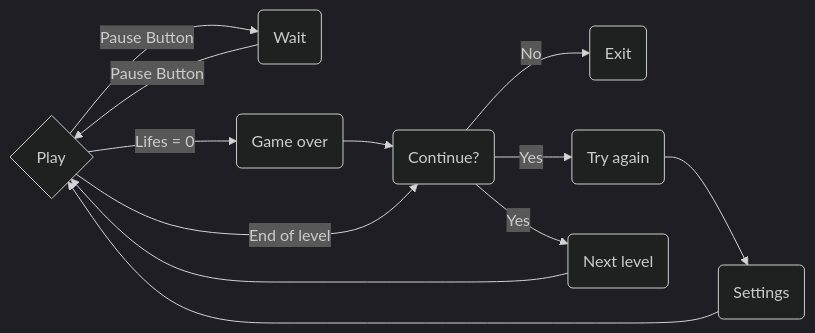
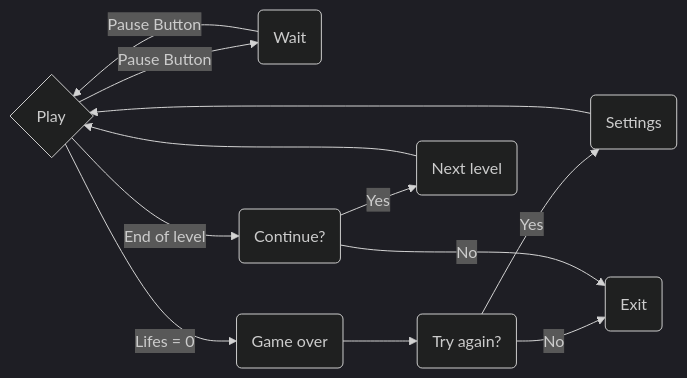
One commit to madalina-cirstea/Introduction-to-Robotics changed the diagram in Matrix game/README.md. Above: the diagram before and after it, drawn with Mermaid (dark theme). The commit also changed other lines of this file, not shown here.

````diff
--- a/Matrix game/README.md
+++ b/Matrix game/README.md
@@ -72,19 +76,19 @@
 ```mermaid
 
 graph LR
 
 A{Play} -- Pause Button --> B(Wait)
 B -- Pause Button --> A
 
 A -- Lifes = 0--> C(Game over)
-C --> G(Continue?)
-G -- No --> D(Exit)
-G -- Yes --> E(Try again)
-E --> F(Settings)
+C --> I(Try again?)
+I -- Yes --> F(Settings)
+I -- No --> D(Exit)
 F --> A
 
 A -- End of level --> G(Continue?)
+G(Continue?) -- No --> D
 G -- Yes --> H(Next level)
 H --> A
 
 ```
````
